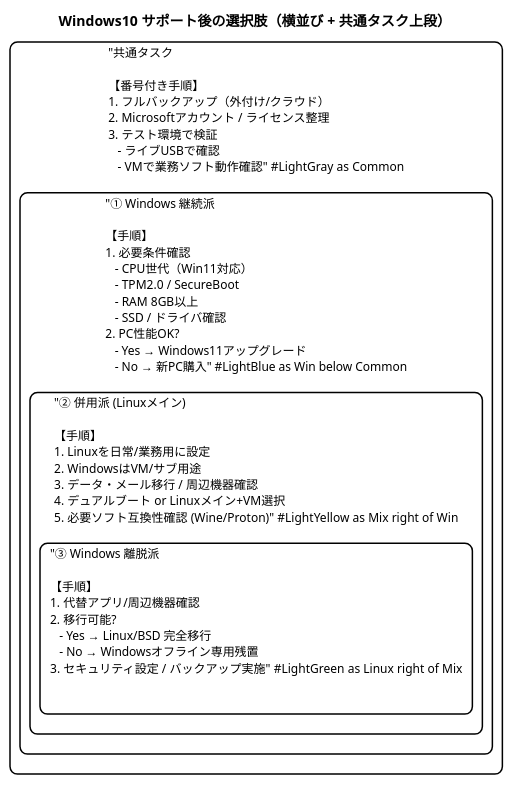
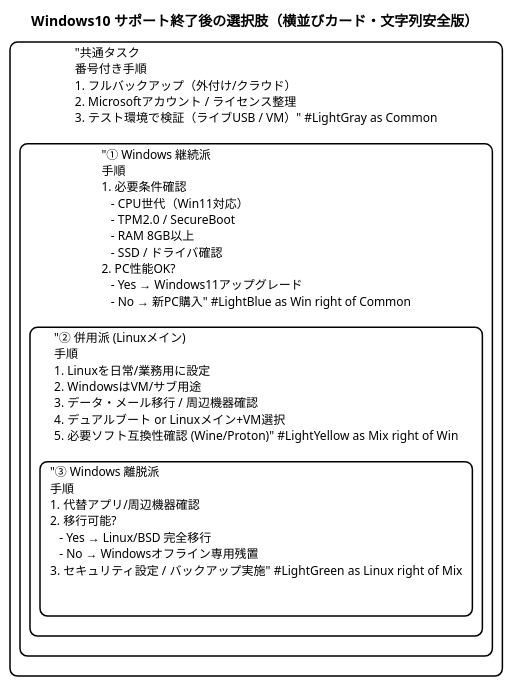
Before and after one commit to coacoa/images: the diagram in it_win10_supportgire1.pu, drawn with PlantUML.

```diff
--- a/it_win10_supportgire1.pu
+++ b/it_win10_supportgire1.pu
@@ -1,21 +1,21 @@
 @startuml
-title Windows10 サポート後の選択肢（横並び + 共通タスク上段）
+title Windows10 サポート終了後の選択肢（横並びカード・文字列安全版）
 
 skinparam rectangle {
   RoundCorner 15
   Padding 15
   BorderColor Black
   FontSize 12
 }
 
-' ===== 共通タスク（最上段に配置） =====
-rectangle "共通タスク\n\n【番号付き手順】\n1. フルバックアップ（外付け/クラウド）\n2. Microsoftアカウント / ライセンス整理\n3. テスト環境で検証\n   - ライブUSBで確認\n   - VMで業務ソフト動作確認" #LightGray as Common
+' ===== 共通タスク =====
+rectangle "共通タスク\n番号付き手順\n1. フルバックアップ（外付け/クラウド）\n2. Microsoftアカウント / ライセンス整理\n3. テスト環境で検証（ライブUSB / VM）" #LightGray as Common
 
 ' ===== 横並びの選択肢カード =====
-rectangle "① Windows 継続派\n\n【手順】\n1. 必要条件確認\n   - CPU世代（Win11対応）\n   - TPM2.0 / SecureBoot\n   - RAM 8GB以上\n   - SSD / ドライバ確認\n2. PC性能OK?\n   - Yes → Windows11アップグレード\n   - No → 新PC購入" #LightBlue as Win below Common
+rectangle "① Windows 継続派\n手順\n1. 必要条件確認\n   - CPU世代（Win11対応）\n   - TPM2.0 / SecureBoot\n   - RAM 8GB以上\n   - SSD / ドライバ確認\n2. PC性能OK?\n   - Yes → Windows11アップグレード\n   - No → 新PC購入" #LightBlue as Win right of Common
 
-rectangle "② 併用派 (Linuxメイン)\n\n【手順】\n1. Linuxを日常/業務用に設定\n2. WindowsはVM/サブ用途\n3. データ・メール移行 / 周辺機器確認\n4. デュアルブート or Linuxメイン+VM選択\n5. 必要ソフト互換性確認 (Wine/Proton)" #LightYellow as Mix right of Win
+rectangle "② 併用派 (Linuxメイン)\n手順\n1. Linuxを日常/業務用に設定\n2. WindowsはVM/サブ用途\n3. データ・メール移行 / 周辺機器確認\n4. デュアルブート or Linuxメイン+VM選択\n5. 必要ソフト互換性確認 (Wine/Proton)" #LightYellow as Mix right of Win
 
-rectangle "③ Windows 離脱派\n\n【手順】\n1. 代替アプリ/周辺機器確認\n2. 移行可能?\n   - Yes → Linux/BSD 完全移行\n   - No → Windowsオフライン専用残置\n3. セキュリティ設定 / バックアップ実施" #LightGreen as Linux right of Mix
+rectangle "③ Windows 離脱派\n手順\n1. 代替アプリ/周辺機器確認\n2. 移行可能?\n   - Yes → Linux/BSD 完全移行\n   - No → Windowsオフライン専用残置\n3. セキュリティ設定 / バックアップ実施" #LightGreen as Linux right of Mix
 
 @enduml
```
